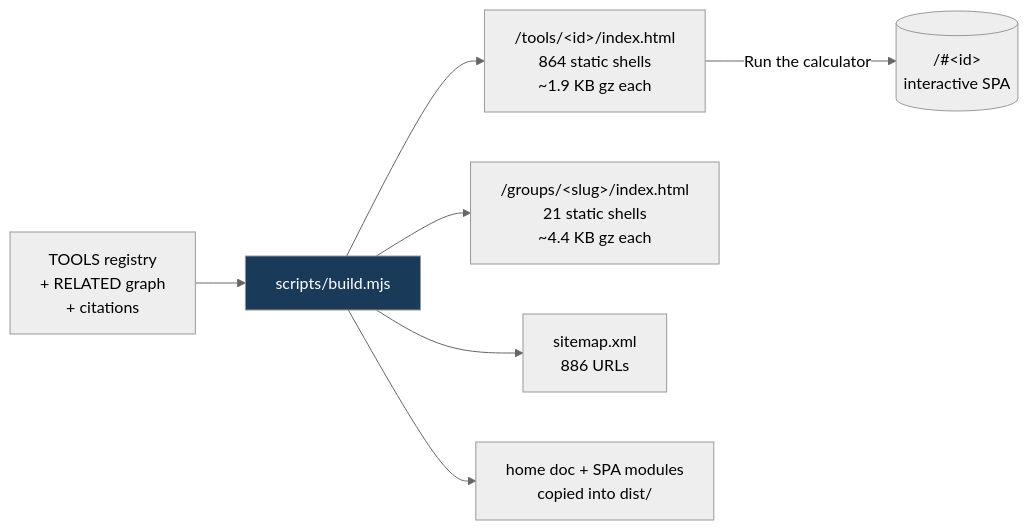
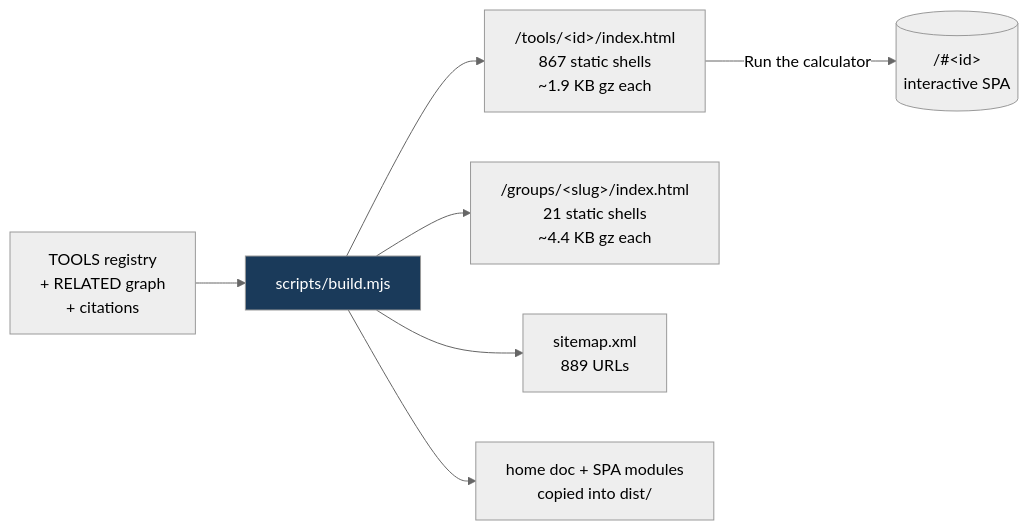
One commit to clay-good/roughlogic.com changed the fifth of 8 diagrams in README.md. Above: the diagram before and after it, drawn with Mermaid (neutral theme). The commit also changed other lines of this file and 19 other files, not shown here.

````diff
--- a/README.md
+++ b/README.md
@@ -495,10 +495,10 @@
 ```mermaid
 flowchart LR
     SRC[TOOLS registry\n+ RELATED graph\n+ citations] --> BUILD[scripts/build.mjs]
-    BUILD --> TILE["/tools/&lt;id&gt;/index.html\n864 static shells\n~1.9 KB gz each"]
+    BUILD --> TILE["/tools/&lt;id&gt;/index.html\n867 static shells\n~1.9 KB gz each"]
     BUILD --> GROUP["/groups/&lt;slug&gt;/index.html\n21 static shells\n~4.4 KB gz each"]
-    BUILD --> MAP["sitemap.xml\n886 URLs"]
+    BUILD --> MAP["sitemap.xml\n889 URLs"]
     BUILD --> COPY[home doc + SPA modules\ncopied into dist/]
     TILE -->|Run the calculator| SPA[("/#&lt;id&gt;\ninteractive SPA")]
     style BUILD fill:#1a3a5a,color:#fff
 ```
````
